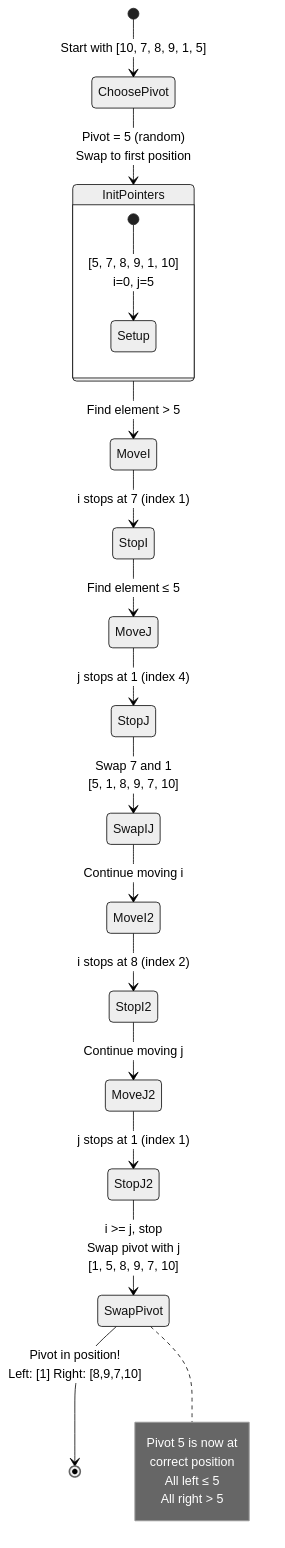
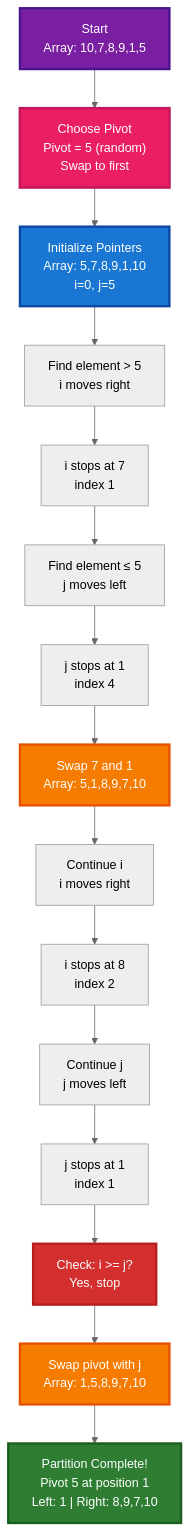
Diagram 11 of 13 in dsa/Advanced/sorting/README.md (pentoshi007/tuf), drawn with Mermaid (neutral theme) before and after one commit.

Commit message:
Fix Partition Process Visualization Mermaid parse error
- Converted stateDiagram-v2 to graph TD (flowchart) format
- Replaced array brackets with comma-separated values
- Added better color styling for each step
- Improved readability with clearer node descriptions
- Diagram now renders correctly on GitHub

````diff
--- a/dsa/Advanced/sorting/README.md
+++ b/dsa/Advanced/sorting/README.md
@@ -763,30 +763,28 @@
 ```mermaid
-stateDiagram-v2
-    [*] --> ChoosePivot: Start with [10, 7, 8, 9, 1, 5]
-    ChoosePivot --> InitPointers: Pivot = 5 (random)<br/>Swap to first position
-
-    state InitPointers {
-        [*] --> Setup: [5, 7, 8, 9, 1, 10]<br/>i=0, j=5
-    }
-
-    InitPointers --> MoveI: Find element > 5
-    MoveI --> StopI: i stops at 7 (index 1)
-    StopI --> MoveJ: Find element ≤ 5
-    MoveJ --> StopJ: j stops at 1 (index 4)
-    StopJ --> SwapIJ: Swap 7 and 1<br/>[5, 1, 8, 9, 7, 10]
-
-    SwapIJ --> MoveI2: Continue moving i
-    MoveI2 --> StopI2: i stops at 8 (index 2)
-    StopI2 --> MoveJ2: Continue moving j
-    MoveJ2 --> StopJ2: j stops at 1 (index 1)
-
-    StopJ2 --> SwapPivot: i >= j, stop<br/>Swap pivot with j<br/>[1, 5, 8, 9, 7, 10]
-    SwapPivot --> [*]: Pivot in position!<br/>Left: [1] Right: [8,9,7,10]
-
-    note right of SwapPivot
-        Pivot 5 is now at
-        correct position
-        All left ≤ 5
-        All right > 5
-    end note
+graph TD
+    Start["Start<br/>Array: 10,7,8,9,1,5"] --> ChoosePivot["Choose Pivot<br/>Pivot = 5 (random)<br/>Swap to first"]
+    ChoosePivot --> InitPointers["Initialize Pointers<br/>Array: 5,7,8,9,1,10<br/>i=0, j=5"]
+    
+    InitPointers --> MoveI["Find element > 5<br/>i moves right"]
+    MoveI --> StopI["i stops at 7<br/>index 1"]
+    StopI --> MoveJ["Find element ≤ 5<br/>j moves left"]
+    MoveJ --> StopJ["j stops at 1<br/>index 4"]
+    StopJ --> SwapIJ["Swap 7 and 1<br/>Array: 5,1,8,9,7,10"]
+    
+    SwapIJ --> MoveI2["Continue i<br/>i moves right"]
+    MoveI2 --> StopI2["i stops at 8<br/>index 2"]
+    StopI2 --> MoveJ2["Continue j<br/>j moves left"]
+    MoveJ2 --> StopJ2["j stops at 1<br/>index 1"]
+    
+    StopJ2 --> CheckCross["Check: i >= j?<br/>Yes, stop"]
+    CheckCross --> SwapPivot["Swap pivot with j<br/>Array: 1,5,8,9,7,10"]
+    SwapPivot --> Done["Partition Complete!<br/>Pivot 5 at position 1<br/>Left: 1 | Right: 8,9,7,10"]
+    
+    style Start fill:#7B1FA2,stroke:#4A148C,stroke-width:3px,color:#fff
+    style ChoosePivot fill:#E91E63,stroke:#C2185B,stroke-width:3px,color:#fff
+    style InitPointers fill:#1976D2,stroke:#0D47A1,stroke-width:3px,color:#fff
+    style SwapIJ fill:#F57C00,stroke:#E65100,stroke-width:3px,color:#fff
+    style CheckCross fill:#D32F2F,stroke:#B71C1C,stroke-width:3px,color:#fff
+    style SwapPivot fill:#F57C00,stroke:#E65100,stroke-width:3px,color:#fff
+    style Done fill:#2E7D32,stroke:#1B5E20,stroke-width:3px,color:#fff
 ```
````
